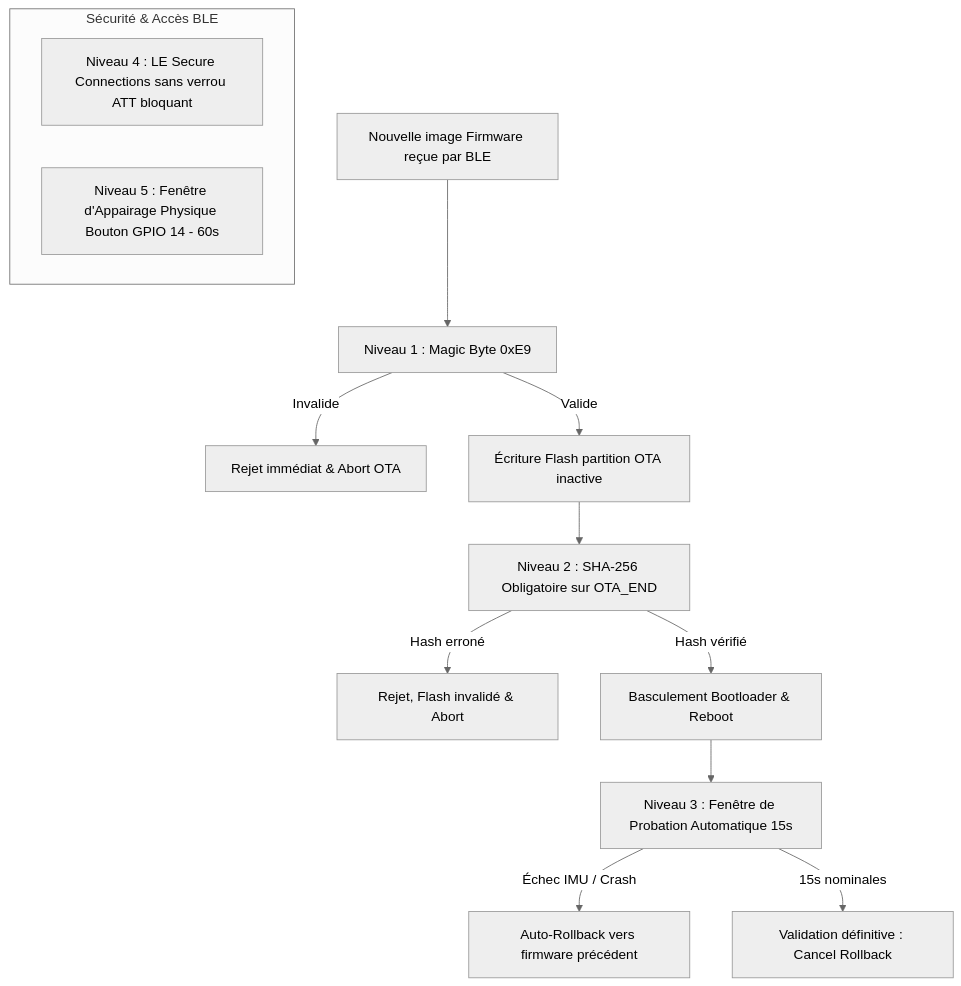
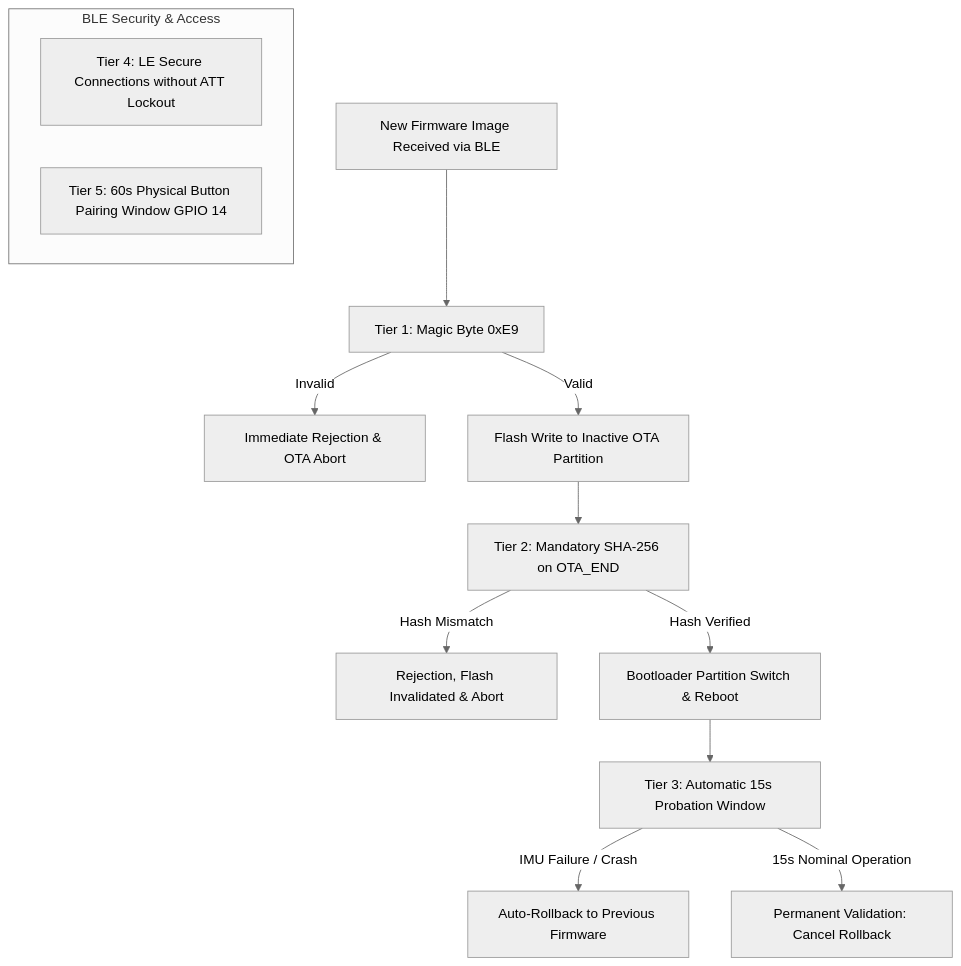
One commit to daverck/health-kicks-ecosystem changed the diagram in docs/architecture/firmware_safety_and_ota.md. Above: the diagram before and after it, drawn with Mermaid (neutral theme). The commit also changed other lines of this file and 20 other files, not shown here.

````diff
--- a/docs/architecture/firmware_safety_and_ota.md
+++ b/docs/architecture/firmware_safety_and_ota.md
@@ -20,17 +20,17 @@
 ```mermaid
 flowchart TD
-    A[Nouvelle image Firmware reçue par BLE] --> B[Niveau 1 : Magic Byte 0xE9]
-    B -->|Invalide| X1[Rejet immédiat & Abort OTA]
-    B -->|Valide| C[Écriture Flash partition OTA inactive]
-    C --> D[Niveau 2 : SHA-256 Obligatoire sur OTA_END]
-    D -->|Hash erroné| X2[Rejet, Flash invalidé & Abort]
-    D -->|Hash vérifié| E[Basculement Bootloader & Reboot]
-    E --> F[Niveau 3 : Fenêtre de Probation Automatique 15s]
-    F -->|Échec IMU / Crash| X3[Auto-Rollback vers firmware précédent]
-    F -->|15s nominales| G[Validation définitive : Cancel Rollback]
+    A[New Firmware Image Received via BLE] --> B[Tier 1: Magic Byte 0xE9]
+    B -->|Invalid| X1[Immediate Rejection & OTA Abort]
+    B -->|Valid| C[Flash Write to Inactive OTA Partition]
+    C --> D[Tier 2: Mandatory SHA-256 on OTA_END]
+    D -->|Hash Mismatch| X2[Rejection, Flash Invalidated & Abort]
+    D -->|Hash Verified| E[Bootloader Partition Switch & Reboot]
+    E --> F[Tier 3: Automatic 15s Probation Window]
+    F -->|IMU Failure / Crash| X3[Auto-Rollback to Previous Firmware]
+    F -->|15s Nominal Operation| G[Permanent Validation: Cancel Rollback]
 
-    subgraph Sécurité & Accès BLE
-        H[Niveau 4 : LE Secure Connections sans verrou ATT bloquant]
-        I[Niveau 5 : Fenêtre d'Appairage Physique Bouton GPIO 14 - 60s]
+    subgraph BLE Security & Access
+        H[Tier 4: LE Secure Connections without ATT Lockout]
+        I[Tier 5: 60s Physical Button Pairing Window GPIO 14]
     end
 ```
````
